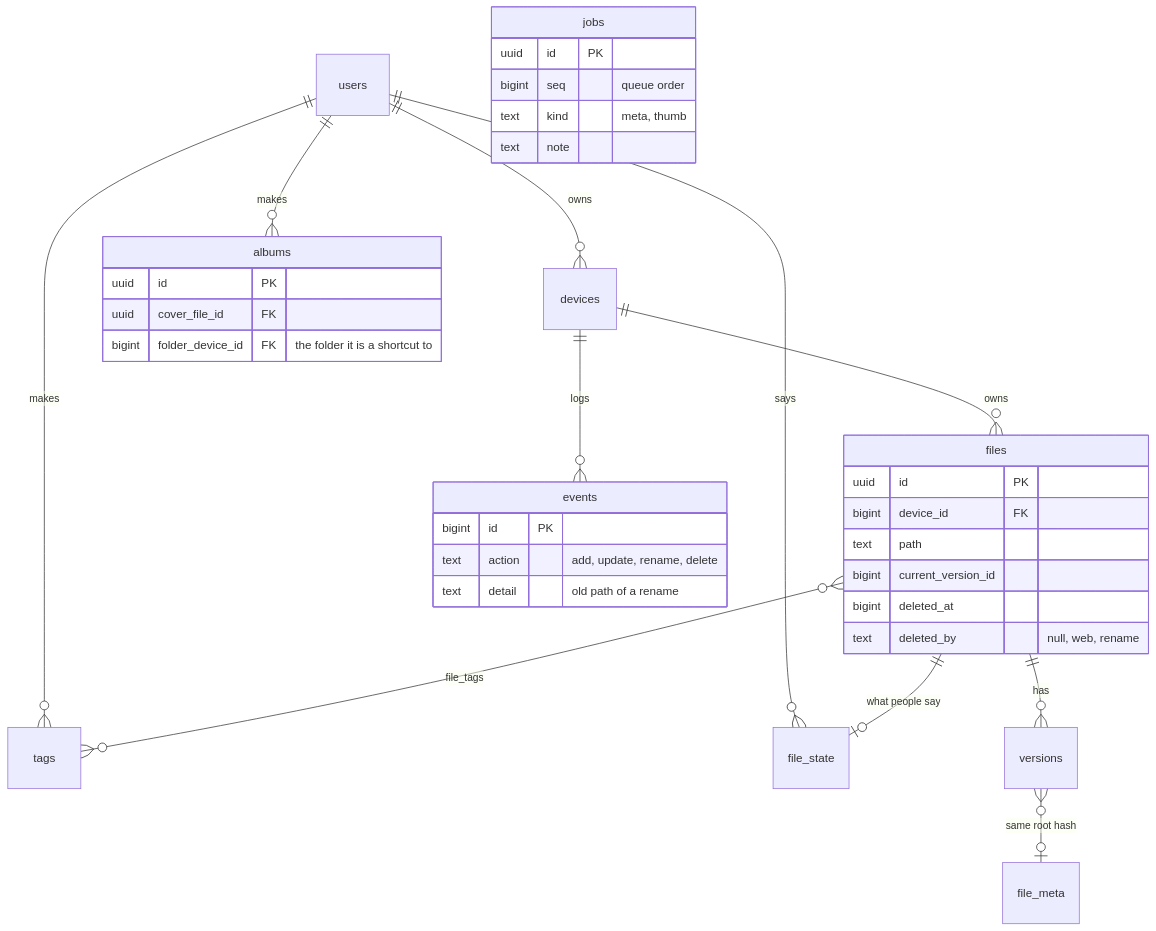
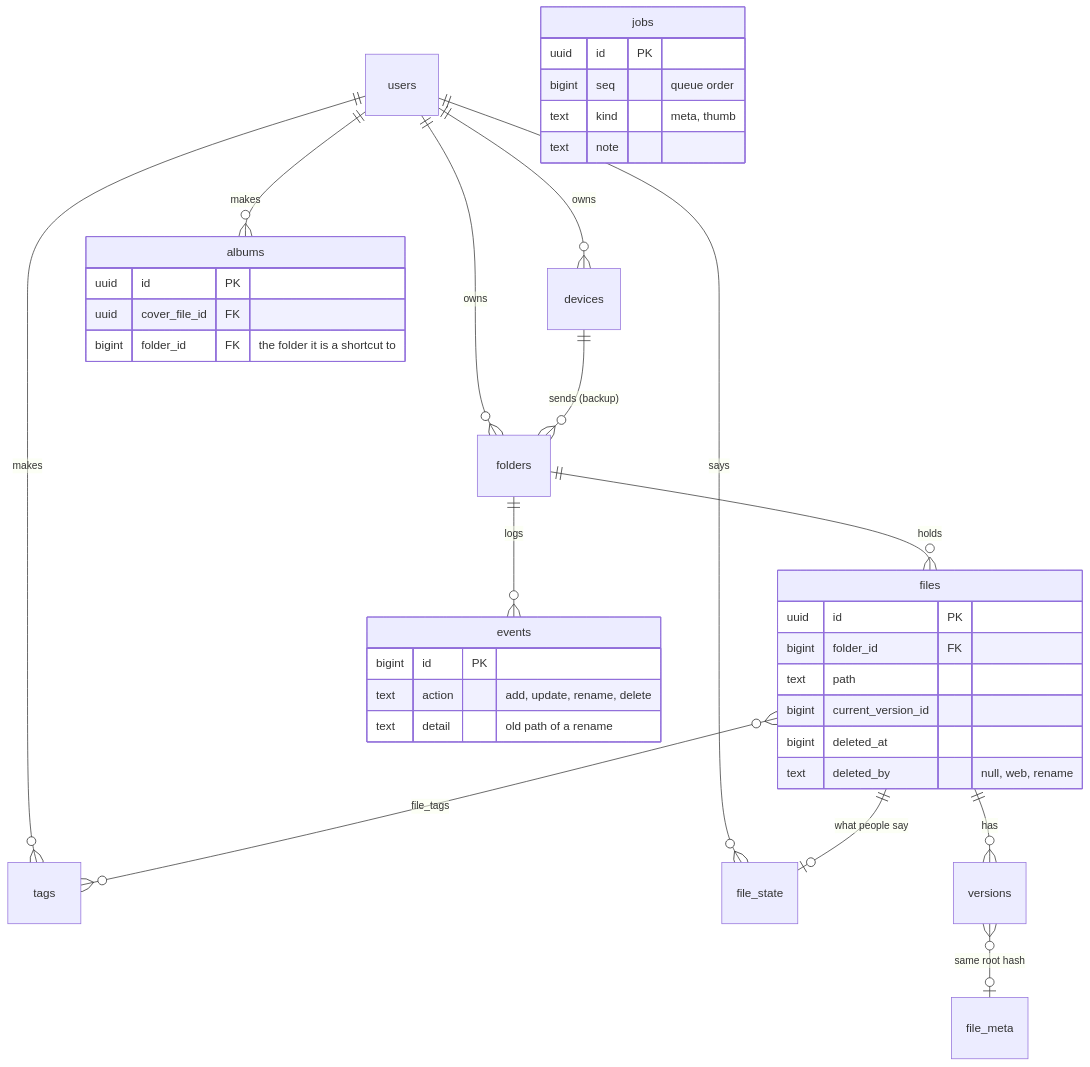
One commit to jameelhamdan/fafnirx changed the third of 3 diagrams in docs/architecture.md. Above: the diagram before and after it, drawn with Mermaid. The commit also changed other lines of this file and 239 other files, not shown here.

First line of the commit message:
Devices and folders are separate tables; audit cleanups across master, client and frontend

````diff
--- a/docs/architecture.md
+++ b/docs/architecture.md
@@ -165,37 +168,39 @@
 ```mermaid
 erDiagram
     users ||--o{ devices : owns
+    users ||--o{ folders : owns
+    devices ||--o{ folders : "sends (backup)"
     users ||--o{ albums : makes
     users ||--o{ tags : makes
     users ||--o{ file_state : says
-    devices ||--o{ files : owns
-    devices ||--o{ events : logs
+    folders ||--o{ files : holds
+    folders ||--o{ events : logs
     files ||--o{ versions : has
     files ||--o| file_state : "what people say"
     files }o--o{ tags : file_tags
     versions }o--o| file_meta : "same root hash"
     files {
         uuid id PK
-        bigint device_id FK
+        bigint folder_id FK
         text path
         bigint current_version_id
         bigint deleted_at
         text deleted_by "null, web, rename"
     }
     events {
         bigint id PK
         text action "add, update, rename, delete"
         text detail "old path of a rename"
     }
     albums {
         uuid id PK
         uuid cover_file_id FK
-        bigint folder_device_id FK "the folder it is a shortcut to"
+        bigint folder_id FK "the folder it is a shortcut to"
     }
     jobs {
         uuid id PK
         bigint seq "queue order"
         text kind "meta, thumb"
         text note
     }
 ```
````
